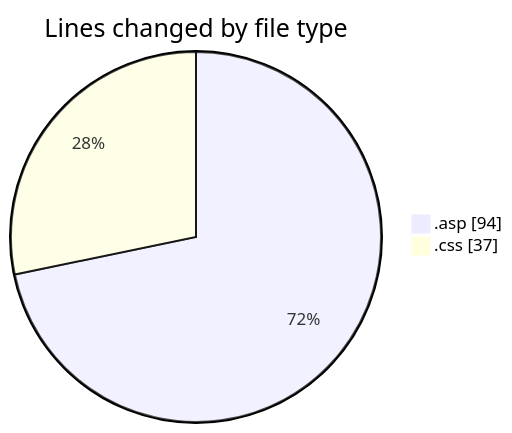
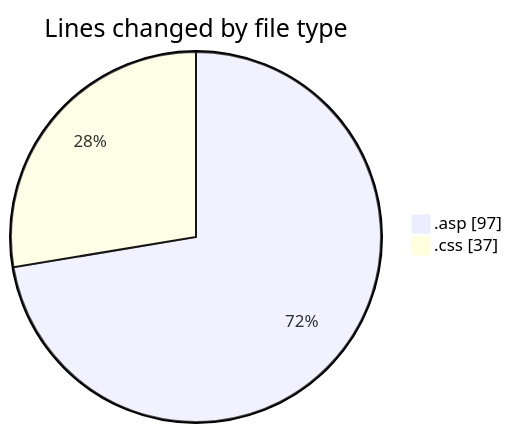
One commit to julien-gomy/code-tracking changed the first of 2 diagrams in 2025-11-02/cdp_aleoudev_fr__workspace_/README.md. Above: the diagram before and after it, drawn with Mermaid. The commit also changed other lines of this file and 1 other file, not shown here.

````diff
--- a/2025-11-02/cdp_aleoudev_fr__workspace_/README.md
+++ b/2025-11-02/cdp_aleoudev_fr__workspace_/README.md
@@ -23,6 +23,6 @@
 ```mermaid
 pie showData
 title Lines changed by file type
-".asp" : 94
+".asp" : 97
 ".css" : 37
 ```
````
